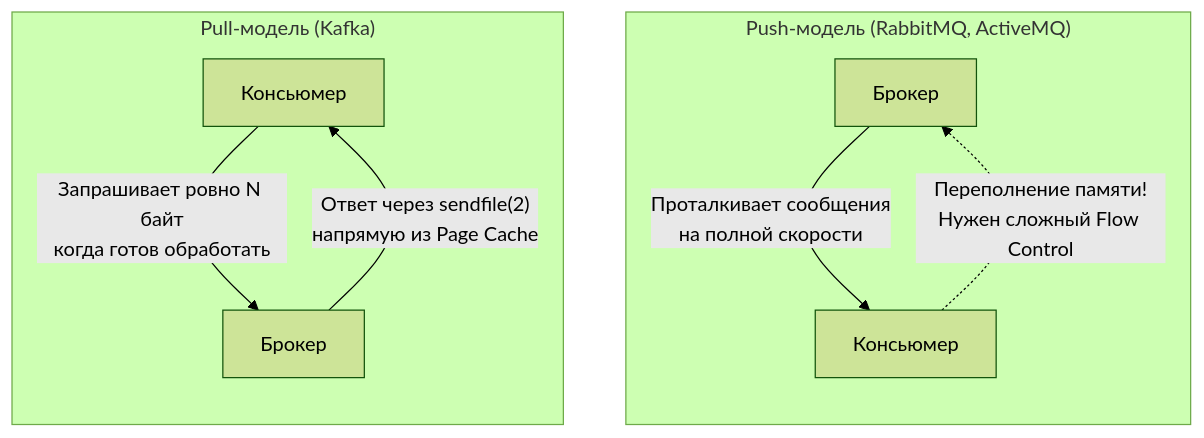
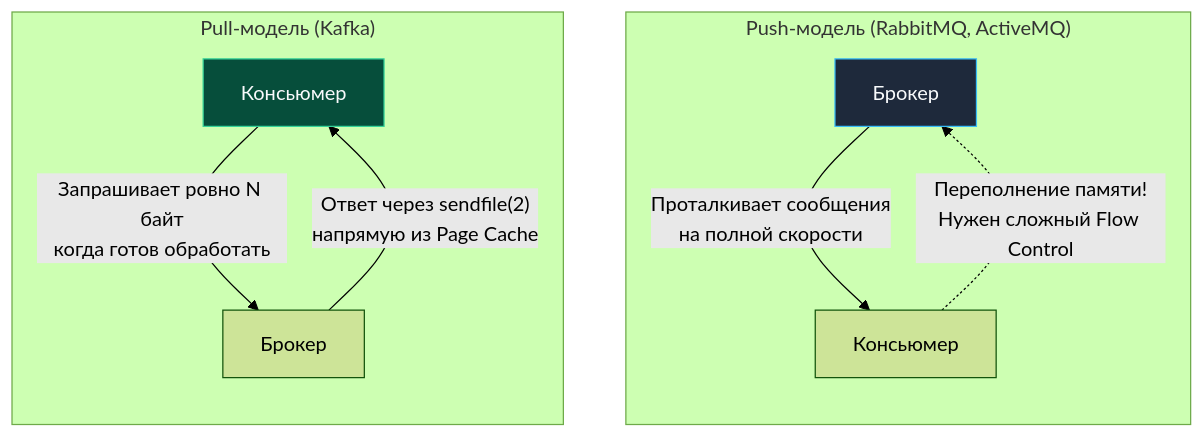
Before and after one commit to UnrealTemplier/go-textbook: the fifth of 5 diagrams in sources/13. Очереди, брокеры сообщений и оркестраторы/03. Kafka/3. Producer и consumer.md, drawn with Mermaid (forest theme). The commit also changed other lines of this file and 1666 other files, not shown here.

First line of the commit message:
feat(mermaid): add semantic color classDef to 1369 colorless flowchart/graph diagrams

````diff
--- a/sources/13. Очереди, брокеры сообщений и оркестраторы/03. Kafka/3. Producer и consumer.md
+++ b/sources/13. Очереди, брокеры сообщений и оркестраторы/03. Kafka/3. Producer и consumer.md
@@ -412,14 +442,24 @@
 ```mermaid
 flowchart TD
+    classDef process  fill:#1e293b,stroke:#38bdf8,stroke-width:1px,color:#f8fafc
+    classDef success  fill:#064e3b,stroke:#34d399,stroke-width:1px,color:#f8fafc
+    classDef error    fill:#7f1d1d,stroke:#f87171,stroke-width:1px,color:#f8fafc
+    classDef warning  fill:#78350f,stroke:#fbbf24,stroke-width:1px,color:#f8fafc
+    classDef entry    fill:#1e3a5f,stroke:#38bdf8,stroke-width:2px,color:#f8fafc
+    classDef aux      fill:#334155,stroke:#64748b,stroke-width:1px,color:#f8fafc
+    classDef system   fill:#312e81,stroke:#a78bfa,stroke-width:1px,color:#f8fafc
+    classDef data     fill:#132d29,stroke:#2dd4bf,stroke-width:1px,color:#f8fafc
+    classDef network  fill:#881337,stroke:#fb7185,stroke-width:1px,color:#f8fafc
+    classDef accent   fill:#1e1b4b,stroke:#818cf8,stroke-width:1px,color:#f8fafc
     subgraph PushModel["Push-модель (RabbitMQ, ActiveMQ)"]
         direction TB
-        B1["Брокер"] -->|"Проталкивает сообщения<br>на полной скорости"| C1["Консьюмер"]
+        B1["Брокер"]:::process -->|"Проталкивает сообщения<br>на полной скорости"| C1["Консьюмер"]
         C1 -.->|"Переполнение памяти!<br>Нужен сложный Flow Control"| B1
     end
 
     subgraph PullModel["Pull-модель (Kafka)"]
         direction TB
-        C2["Консьюмер"] -->|"Запрашивает ровно N байт<br>когда готов обработать"| B2["Брокер"]
+        C2["Консьюмер"]:::success -->|"Запрашивает ровно N байт<br>когда готов обработать"| B2["Брокер"]
         B2 -->|"Ответ через sendfile(2)<br>напрямую из Page Cache"| C2
     end
 ```
````
